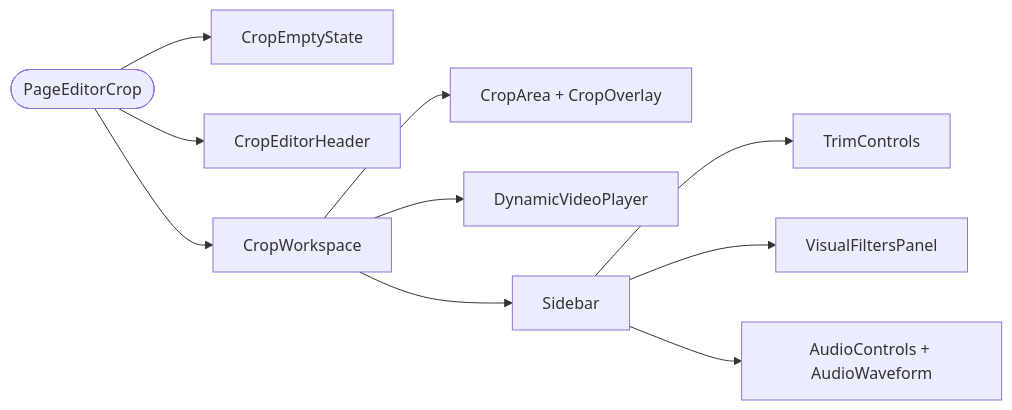
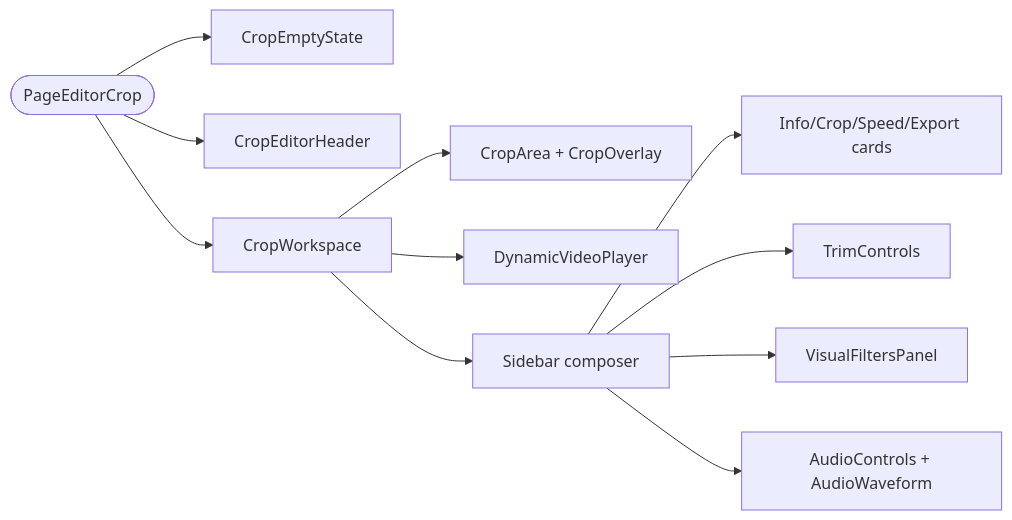
The third of 10 diagrams in apps/web/README.md (Iipal/ffmpego_editor), drawn with Mermaid before and after one commit. The commit also changed other lines of this file and 12 other files, not shown here.

Commit message:
refactor(web): Crop Sidebar un-god-ed

````diff
--- a/apps/web/README.md
+++ b/apps/web/README.md
@@ -62,12 +62,13 @@
 ```mermaid
 flowchart LR
     P([PageEditorCrop]) --> E[CropEmptyState]
     P --> H[CropEditorHeader]
     P --> W[CropWorkspace]
     W --> A[CropArea + CropOverlay]
     W --> V[DynamicVideoPlayer]
-    W --> S[Sidebar]
+    W --> S[Sidebar composer]
+    S --> FC[Info/Crop/Speed/Export cards]
     S --> T[TrimControls]
     S --> VF[VisualFiltersPanel]
     S --> AC[AudioControls + AudioWaveform]
 ```
````
